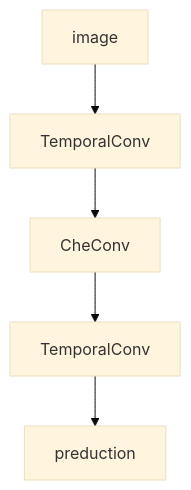
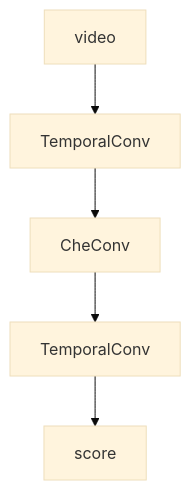
Before and after one commit to sc2213404/badaunjin_score: the diagram in README.md, drawn with Mermaid (base theme). The commit also changed other lines of this file, not shown here.

````diff
--- a/README.md
+++ b/README.md
@@ -3,7 +3,7 @@
 ```mermaid
 flowchart TD
-    A[image] --> B[TemporalConv]
+    A[video] --> B[TemporalConv]
     B --> C[CheConv]
     C --> D[TemporalConv]
-    D --> E[preduction]
+    D --> E[score]
 ```
````
